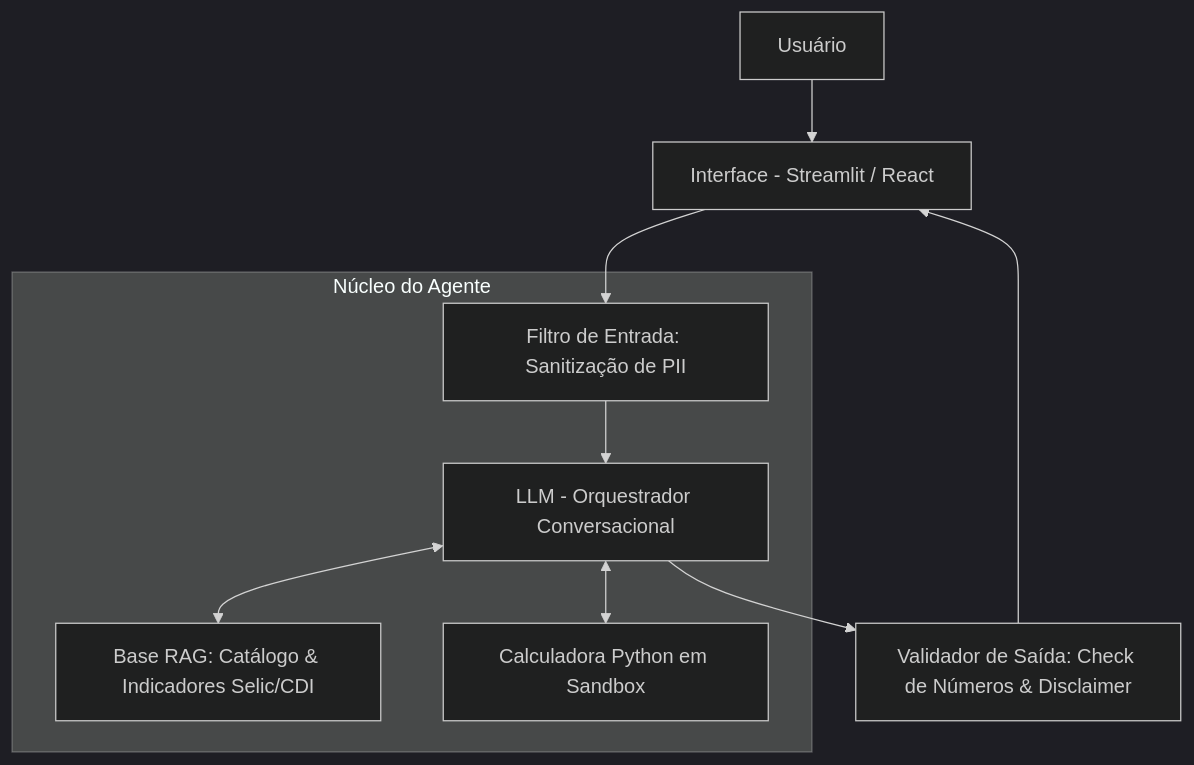
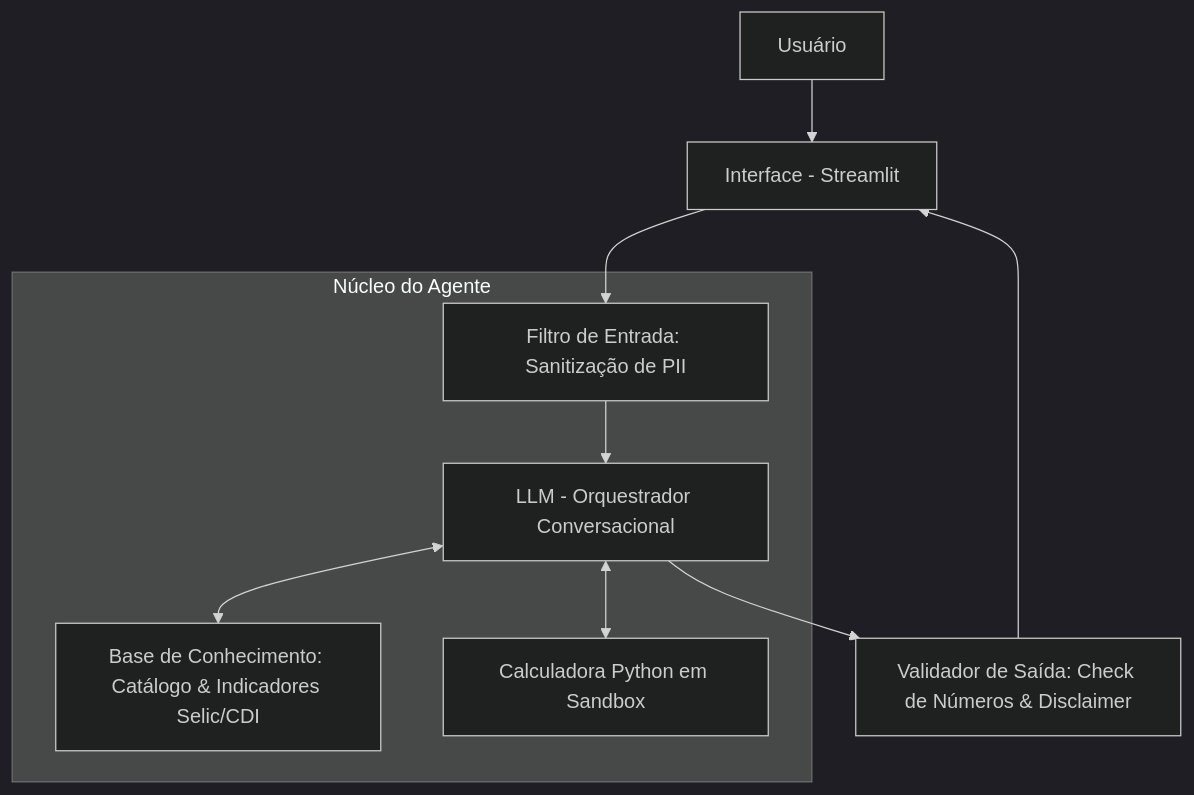
Before and after one commit to luizfnestorx/assitente-vitual-finai: the diagram in docs/01-documentacao-agente.md, drawn with Mermaid (dark theme). The commit also changed other lines of this file and 13 other files, not shown here.

````diff
--- a/docs/01-documentacao-agente.md
+++ b/docs/01-documentacao-agente.md
@@ -26,14 +26,14 @@
 ```mermaid
 flowchart TD
-    A[Usuário] --> B[Interface - Streamlit / React]
+    A[Usuário] --> B[Interface - Streamlit]
     B --> C[Filtro de Entrada: Sanitização de PII]
     
     subgraph Núcleo do Agente
         C --> D[LLM - Orquestrador Conversacional]
-        D <--> E[Base RAG: Catálogo & Indicadores Selic/CDI]
+        D <--> E[Base de Conhecimento: Catálogo & Indicadores Selic/CDI]
         D <--> F[Calculadora Python em Sandbox]
     end
     
     D --> G[Validador de Saída: Check de Números & Disclaimer]
     G --> B
 ```
````
